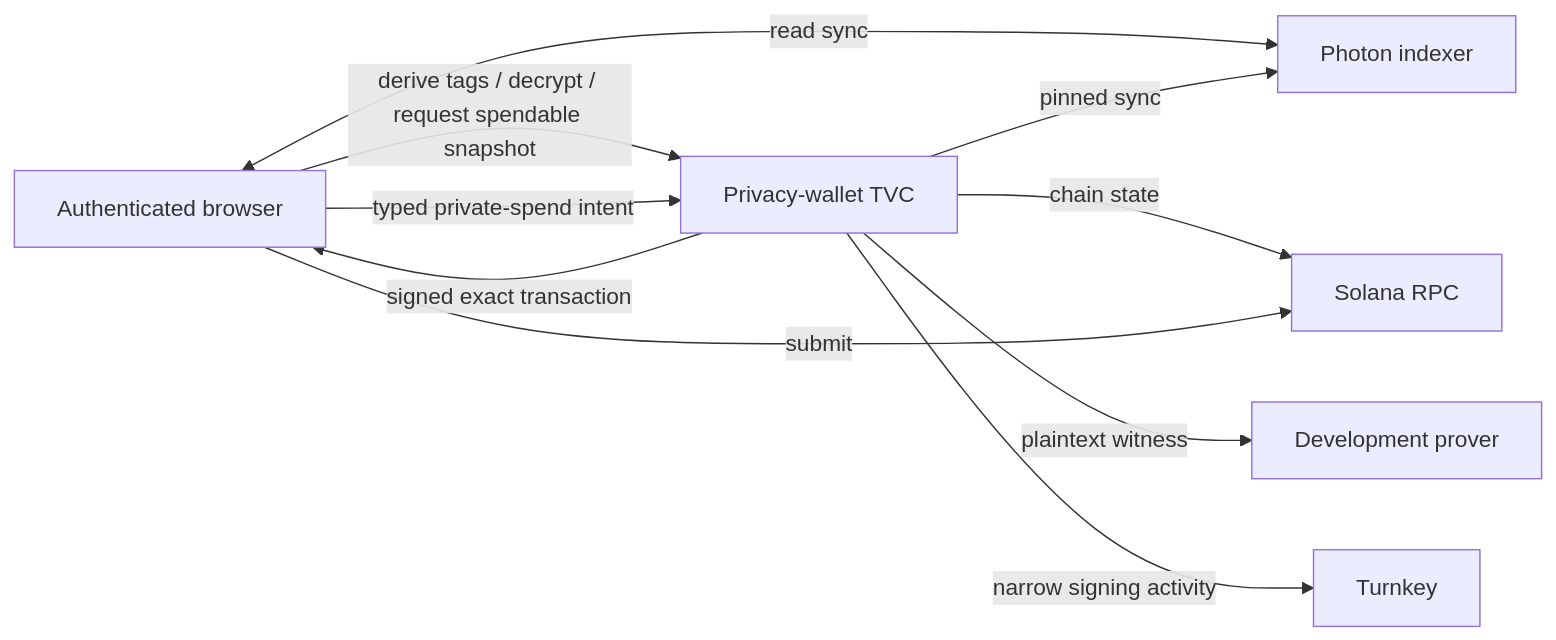
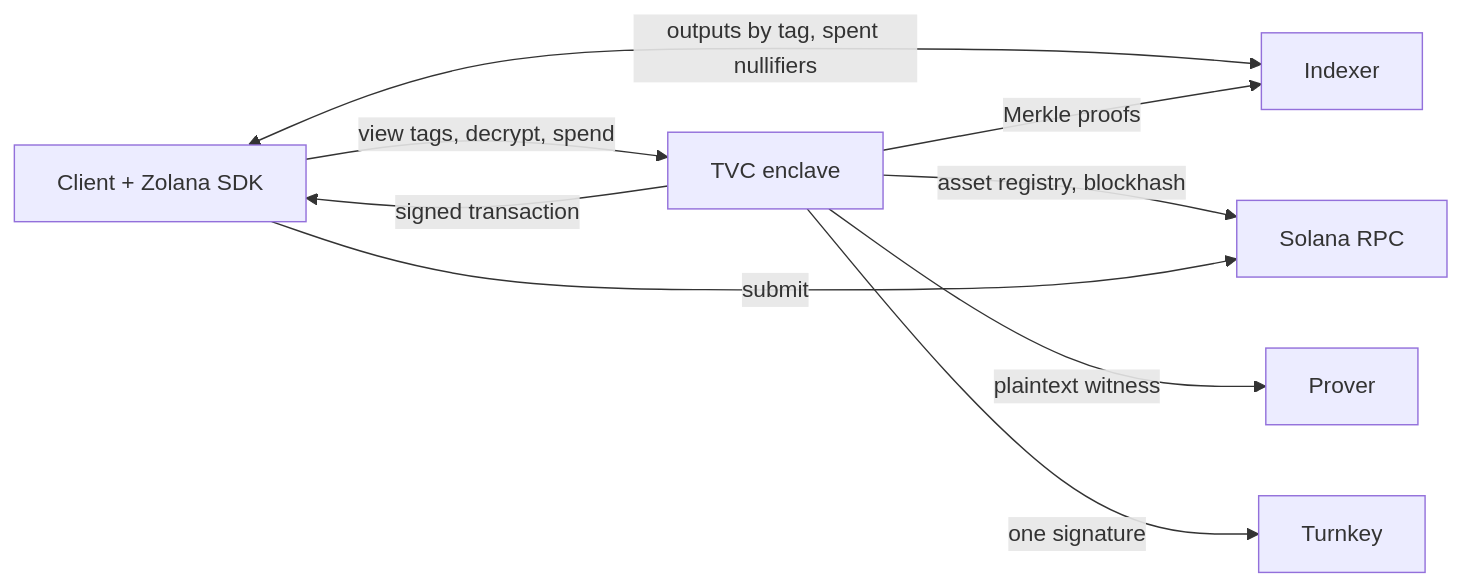
One commit to helius-labs/zolana-tvc changed the diagram in README.md. Above: the diagram before and after it, drawn with Mermaid. The commit also changed other lines of this file and 160 other files, not shown here.

First line of the commit message:
Simplify the wallet to four operations with client-side selection

````diff
--- a/README.md
+++ b/README.md
@@ -88,19 +23,18 @@
 ```mermaid
 flowchart LR
-    B[Authenticated browser]
-    T[Privacy-wallet TVC]
+    C[Client + Zolana SDK]
+    T[TVC enclave]
     K[Turnkey]
-    I[Photon indexer]
-    P[Development prover]
+    I[Indexer]
+    P[Prover]
     S[Solana RPC]
 
-    B -->|derive tags / decrypt / request spendable snapshot| T
-    B <-->|read sync| I
-    B -->|typed private-spend intent| T
-    T -->|pinned sync| I
-    T -->|chain state| S
+    C -->|view tags, decrypt, spend| T
+    C <-->|outputs by tag, spent nullifiers| I
+    T -->|Merkle proofs| I
+    T -->|asset registry, blockhash| S
     T -->|plaintext witness| P
-    T -->|narrow signing activity| K
-    T -->|signed exact transaction| B
-    B -->|submit| S
+    T -->|one signature| K
+    T -->|signed transaction| C
+    C -->|submit| S
 ```
````
